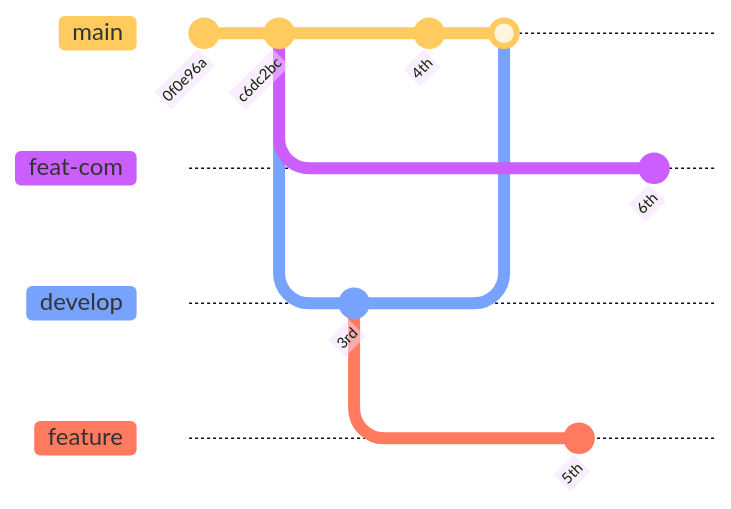
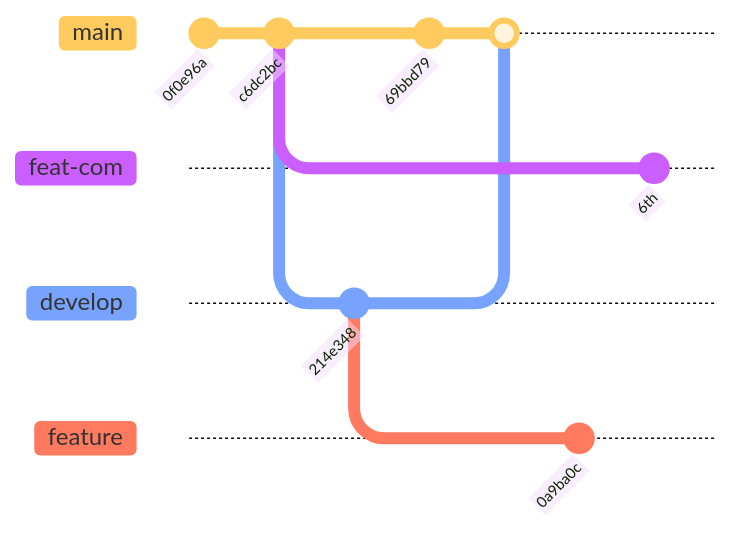
Before and after one commit to umr-marbec/git-training: diagram 21 of 23 in slides-git-quarto/slides-training.qmd, drawn with Mermaid. The commit also changed other lines of this file and 4 other files, not shown here.

````diff
--- a/slides-git-quarto/slides-training.qmd
+++ b/slides-git-quarto/slides-training.qmd
@@ -578,20 +662,20 @@
 ```{mermaid}
 %%| fig-width: 10
 %%| fig-height: 4
 %%{init: { 'logLevel': 'debug', 'theme': 'base', 'gitGraph': {'rotateCommitLabel': true}}}%%
 gitGraph
     commit id: "0f0e96a"
     commit id: "c6dc2bc"
     branch feat-com
     branch develop
     checkout develop
-    commit id: "3rd"
+    commit id: "214e348"
     checkout main
-    commit id: "4th"
+    commit id: "69bbd79"
     merge develop
     checkout develop
     branch feature
-    commit id: "5th"
+    commit id: "0a9ba0c"
     checkout feat-com
     commit id: "6th"
 ```
````
